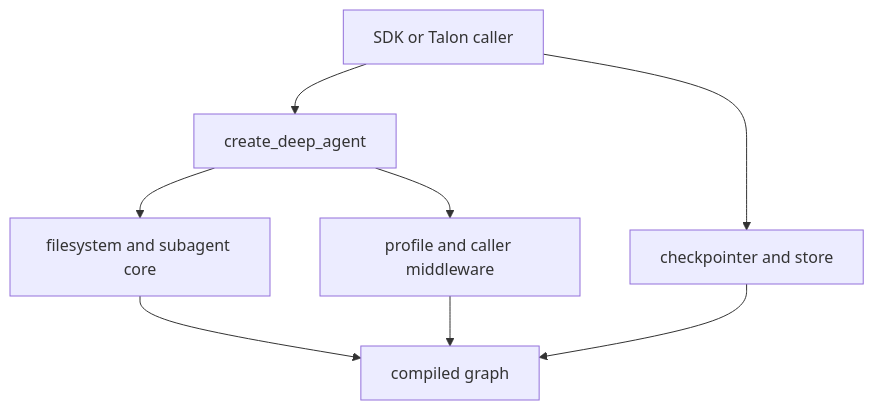
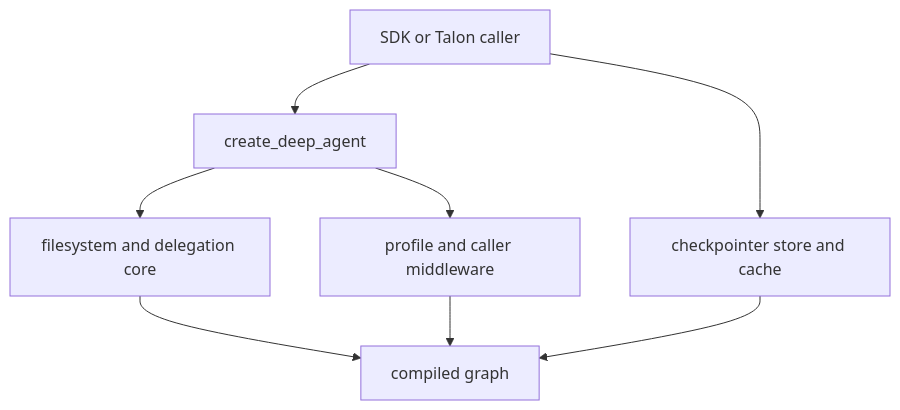
The first of 3 diagrams in openwiki/architecture/source-map.md (langchain-ai/deepagents), drawn with Mermaid before and after one commit. The commit also changed other lines of this file and 44 other files, not shown here.

````diff
--- a/openwiki/architecture/source-map.md
+++ b/openwiki/architecture/source-map.md
@@ -65,10 +72,10 @@
 ```mermaid
 flowchart TD
   Caller["SDK or Talon caller"] --> Build["create_deep_agent"]
-  Build --> Core["filesystem and subagent core"]
+  Build --> Core["filesystem and delegation core"]
   Build --> Custom["profile and caller middleware"]
   Core --> Graph["compiled graph"]
   Custom --> Graph
-  Caller --> Persistence["checkpointer and store"]
+  Caller --> Persistence["checkpointer store and cache"]
   Persistence --> Graph
 ```
````
